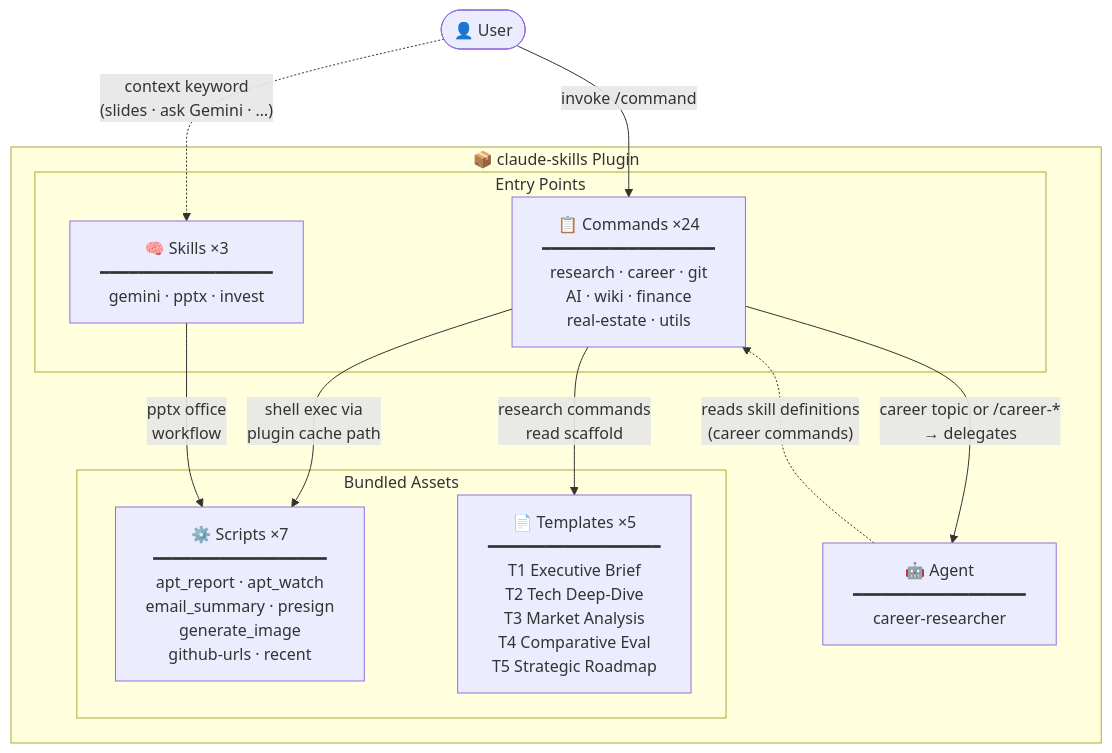
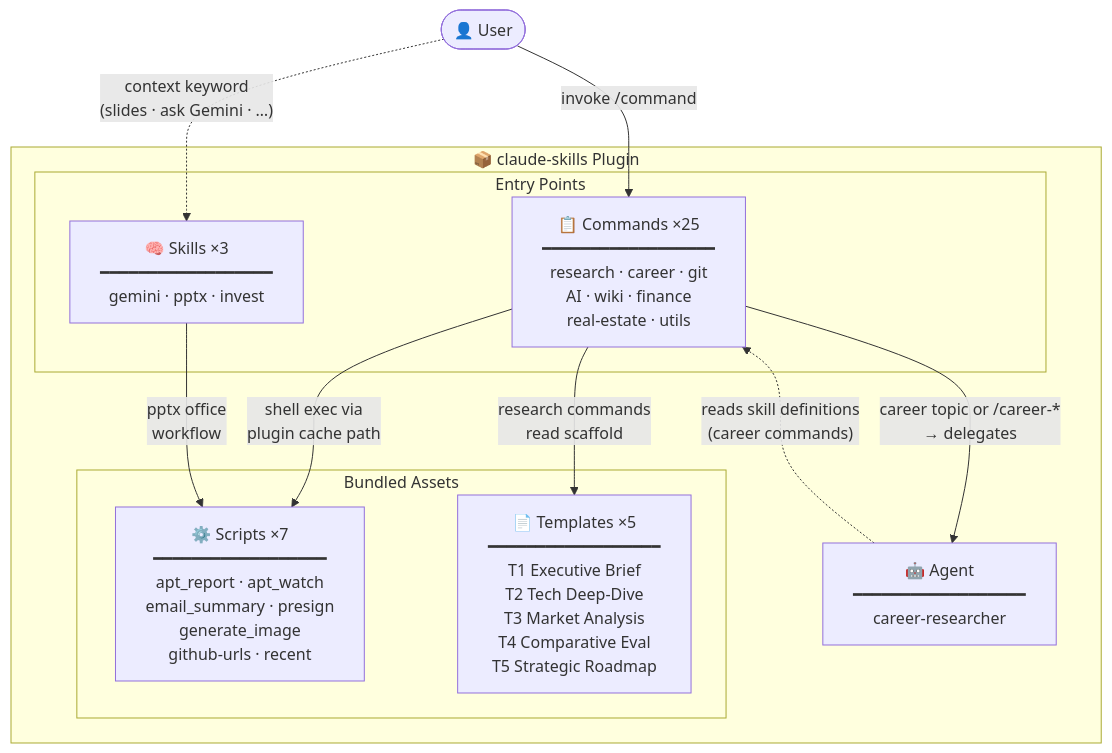
The diagram in README.md (liks79/claude-skills), drawn with Mermaid before and after one commit. The commit also changed other lines of this file and 2 other files, not shown here.

````diff
--- a/README.md
+++ b/README.md
@@ -14,27 +14,27 @@
 ```mermaid
 flowchart TD
     User(["👤 User"])
 
     subgraph Plugin["📦  claude-skills  Plugin"]
         subgraph Entry["Entry Points"]
-            CMDS["📋 Commands  ×24\n━━━━━━━━━━━━━━━━━━\nresearch · career · git\nAI · wiki · finance\nreal-estate · utils"]
+            CMDS["📋 Commands  ×25\n━━━━━━━━━━━━━━━━━━\nresearch · career · git\nAI · wiki · finance\nreal-estate · utils"]
             SKILLS["🧠 Skills  ×3\n━━━━━━━━━━━━━━━━━━\ngemini  ·  pptx  ·  invest"]
         end
 
         AGENT["🤖 Agent\n━━━━━━━━━━━━━━━━━━\ncareer-researcher"]
 
         subgraph Assets["Bundled Assets"]
             SCRIPTS["⚙️ Scripts  ×7\n━━━━━━━━━━━━━━━━━━\napt_report · apt_watch\nemail_summary · presign\ngenerate_image\ngithub-urls · recent"]
             TMPLS["📄 Templates  ×5\n━━━━━━━━━━━━━━━━━━\nT1 Executive Brief\nT2 Tech Deep-Dive\nT3 Market Analysis\nT4 Comparative Eval\nT5 Strategic Roadmap"]
         end
     end
 
     User -->|"invoke /command"| CMDS
     User -. "context keyword\n(slides · ask Gemini · …)" .-> SKILLS
 
     CMDS -->|"career topic or /career-*\n→ delegates"| AGENT
     AGENT -. "reads skill definitions\n(career commands)" .-> CMDS
     CMDS -->|"shell exec via\nplugin cache path"| SCRIPTS
     CMDS -->|"research commands\nread scaffold"| TMPLS
     SKILLS -->|"pptx office\nworkflow"| SCRIPTS
 ```
````
